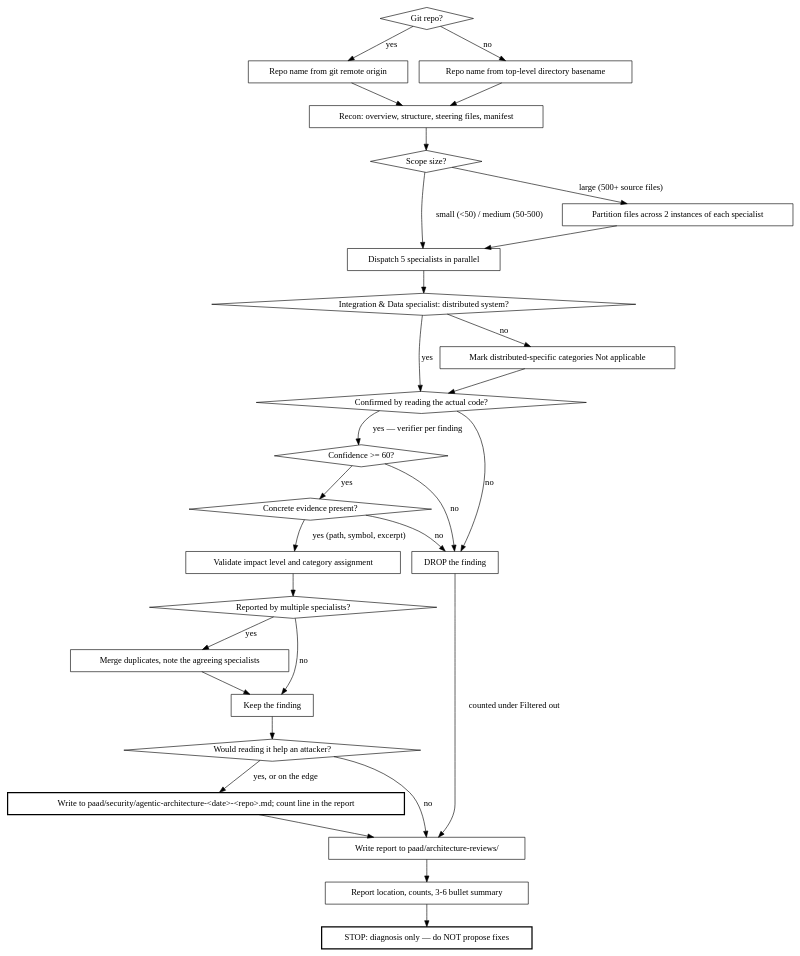
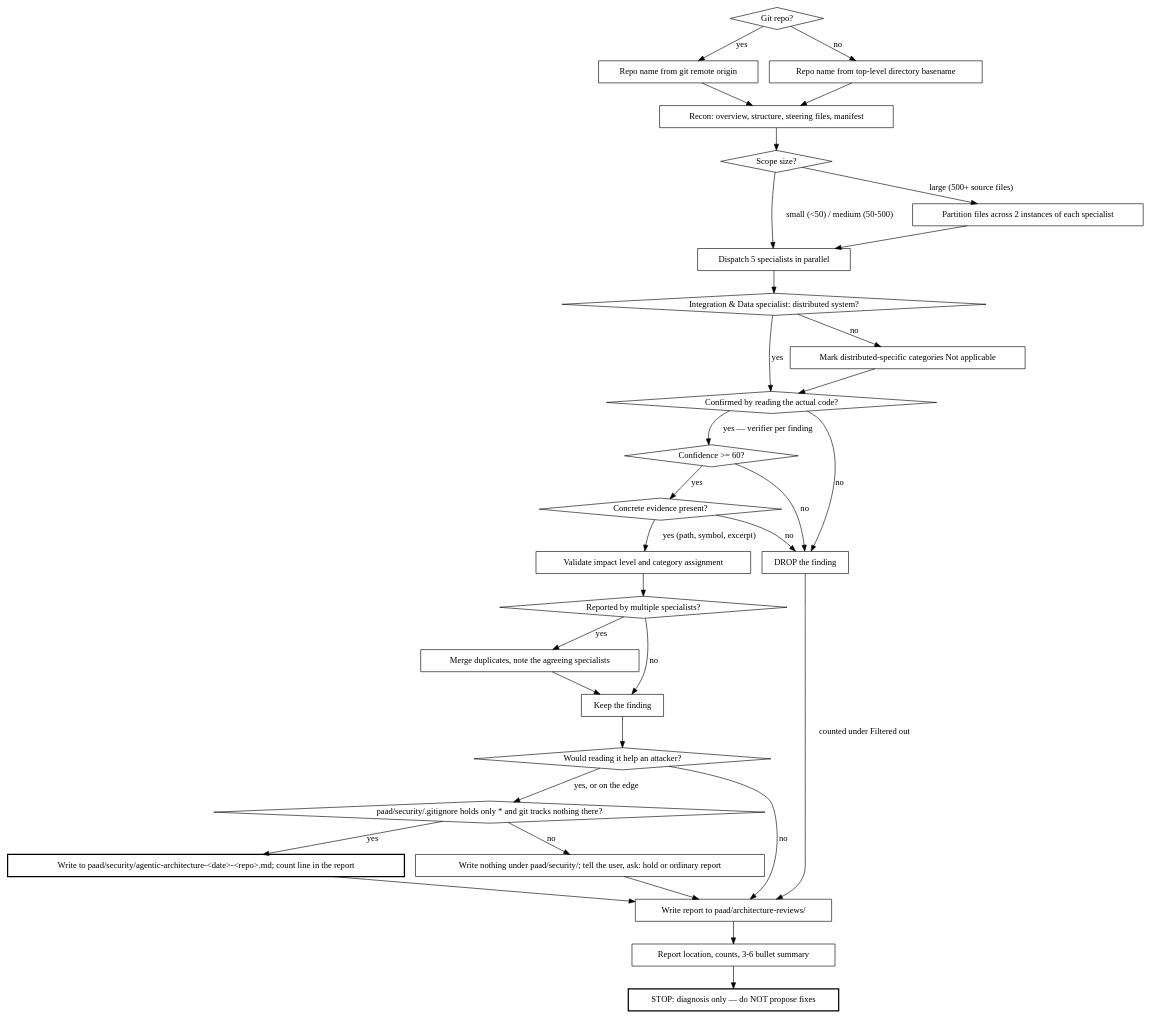
Before and after one commit to Ovid/paad: the second of 2 diagrams in preview/paad/skills/agentic-architecture/SKILL.md, drawn with Graphviz. The commit also changed 5 other files, not shown here.

First line of the commit message:
Producer digraphs: gate every paad/security/ write on the .gitignore check

````diff
--- a/preview/paad/skills/agentic-architecture/SKILL.md
+++ b/preview/paad/skills/agentic-architecture/SKILL.md
@@ -37,60 +37,65 @@
 ```dot
 digraph analysis_flow {
   "Git repo?" [shape=diamond];
   "Scope size?" [shape=diamond];
   "Integration & Data specialist: distributed system?" [shape=diamond];
   "Confirmed by reading the actual code?" [shape=diamond];
   "Confidence >= 60?" [shape=diamond];
   "Concrete evidence present?" [shape=diamond];
   "Reported by multiple specialists?" [shape=diamond];
 
   "Repo name from git remote origin" [shape=box];
   "Repo name from top-level directory basename" [shape=box];
   "Recon: overview, structure, steering files, manifest" [shape=box];
   "Dispatch 5 specialists in parallel" [shape=box];
   "Partition files across 2 instances of each specialist" [shape=box];
   "Mark distributed-specific categories Not applicable" [shape=box];
   "Validate impact level and category assignment" [shape=box];
   "Merge duplicates, note the agreeing specialists" [shape=box];
   "DROP the finding" [shape=box];
   "Keep the finding" [shape=box];
   "Would reading it help an attacker?" [shape=diamond];
   "Write to paad/security/agentic-architecture-<date>-<repo>.md; count line in the report" [shape=box, style=bold];
+  "paad/security/.gitignore holds only * and git tracks nothing there?" [shape=diamond];
+  "Write nothing under paad/security/; tell the user, ask: hold or ordinary report" [shape=box];
   "Write report to paad/architecture-reviews/" [shape=box];
   "Report location, counts, 3-6 bullet summary" [shape=box];
   "STOP: diagnosis only — do NOT propose fixes" [shape=box, style=bold];
 
   "Git repo?" -> "Repo name from git remote origin" [label="yes"];
   "Git repo?" -> "Repo name from top-level directory basename" [label="no"];
   "Repo name from git remote origin" -> "Recon: overview, structure, steering files, manifest";
   "Repo name from top-level directory basename" -> "Recon: overview, structure, steering files, manifest";
   "Recon: overview, structure, steering files, manifest" -> "Scope size?";
 
   "Scope size?" -> "Dispatch 5 specialists in parallel" [label="small (<50) / medium (50-500)"];
   "Scope size?" -> "Partition files across 2 instances of each specialist" [label="large (500+ source files)"];
   "Partition files across 2 instances of each specialist" -> "Dispatch 5 specialists in parallel";
   "Dispatch 5 specialists in parallel" -> "Integration & Data specialist: distributed system?";
   "Integration & Data specialist: distributed system?" -> "Confirmed by reading the actual code?" [label="yes"];
   "Integration & Data specialist: distributed system?" -> "Mark distributed-specific categories Not applicable" [label="no"];
   "Mark distributed-specific categories Not applicable" -> "Confirmed by reading the actual code?";
 
   "Confirmed by reading the actual code?" -> "Confidence >= 60?" [label="yes — verifier per finding"];
   "Confirmed by reading the actual code?" -> "DROP the finding" [label="no"];
   "Confidence >= 60?" -> "Concrete evidence present?" [label="yes"];
   "Confidence >= 60?" -> "DROP the finding" [label="no"];
   "Concrete evidence present?" -> "Validate impact level and category assignment" [label="yes (path, symbol, excerpt)"];
   "Concrete evidence present?" -> "DROP the finding" [label="no"];
   "Validate impact level and category assignment" -> "Reported by multiple specialists?";
   "Reported by multiple specialists?" -> "Merge duplicates, note the agreeing specialists" [label="yes"];
   "Reported by multiple specialists?" -> "Keep the finding" [label="no"];
   "Merge duplicates, note the agreeing specialists" -> "Keep the finding";
 
   "Keep the finding" -> "Would reading it help an attacker?";
-  "Would reading it help an attacker?" -> "Write to paad/security/agentic-architecture-<date>-<repo>.md; count line in the report" [label="yes, or on the edge"];
+  "Would reading it help an attacker?" -> "paad/security/.gitignore holds only * and git tracks nothing there?" [label="yes, or on the edge"];
   "Would reading it help an attacker?" -> "Write report to paad/architecture-reviews/" [label="no"];
   "Write to paad/security/agentic-architecture-<date>-<repo>.md; count line in the report" -> "Write report to paad/architecture-reviews/";
+  "paad/security/.gitignore holds only * and git tracks nothing there?" -> "Write to paad/security/agentic-architecture-<date>-<repo>.md; count line in the report" [label="yes"];
+  "paad/security/.gitignore holds only * and git tracks nothing there?" -> "Write nothing under paad/security/; tell the user, ask: hold or ordinary report" [label="no"];
+  "Write nothing under paad/security/; tell the user, ask: hold or ordinary report" -> "Write report to paad/architecture-reviews/";
   "DROP the finding" -> "Write report to paad/architecture-reviews/" [label="counted under Filtered out"];
   "Write report to paad/architecture-reviews/" -> "Report location, counts, 3-6 bullet summary";
   "Report location, counts, 3-6 bullet summary" -> "STOP: diagnosis only — do NOT propose fixes";
 }
 ```
````
